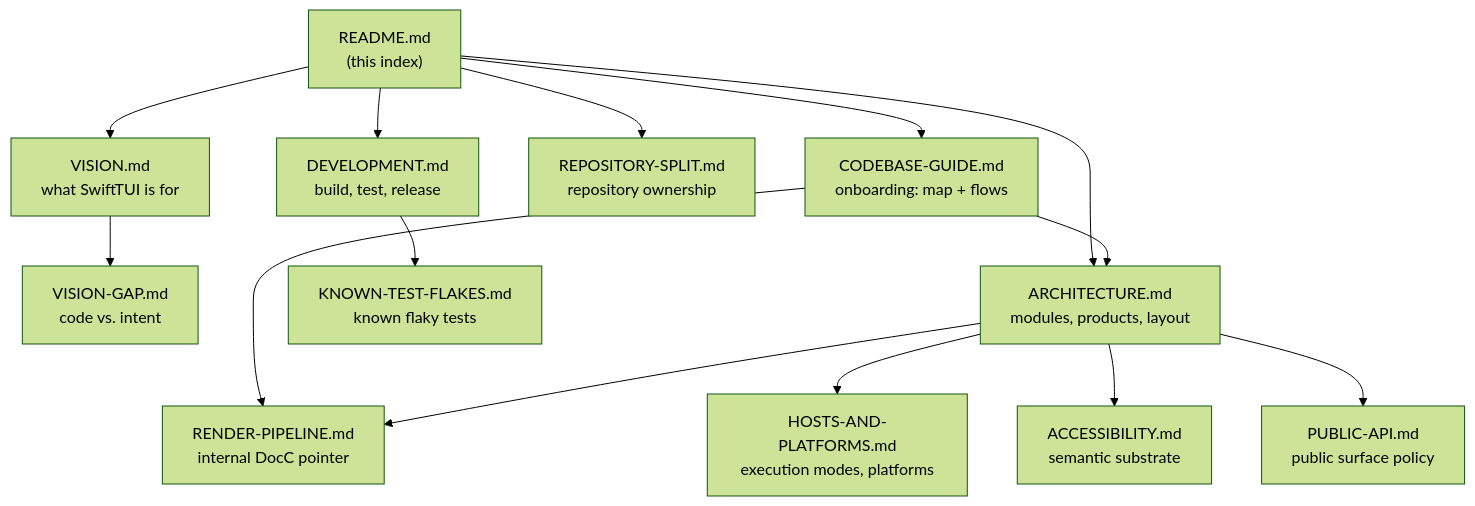
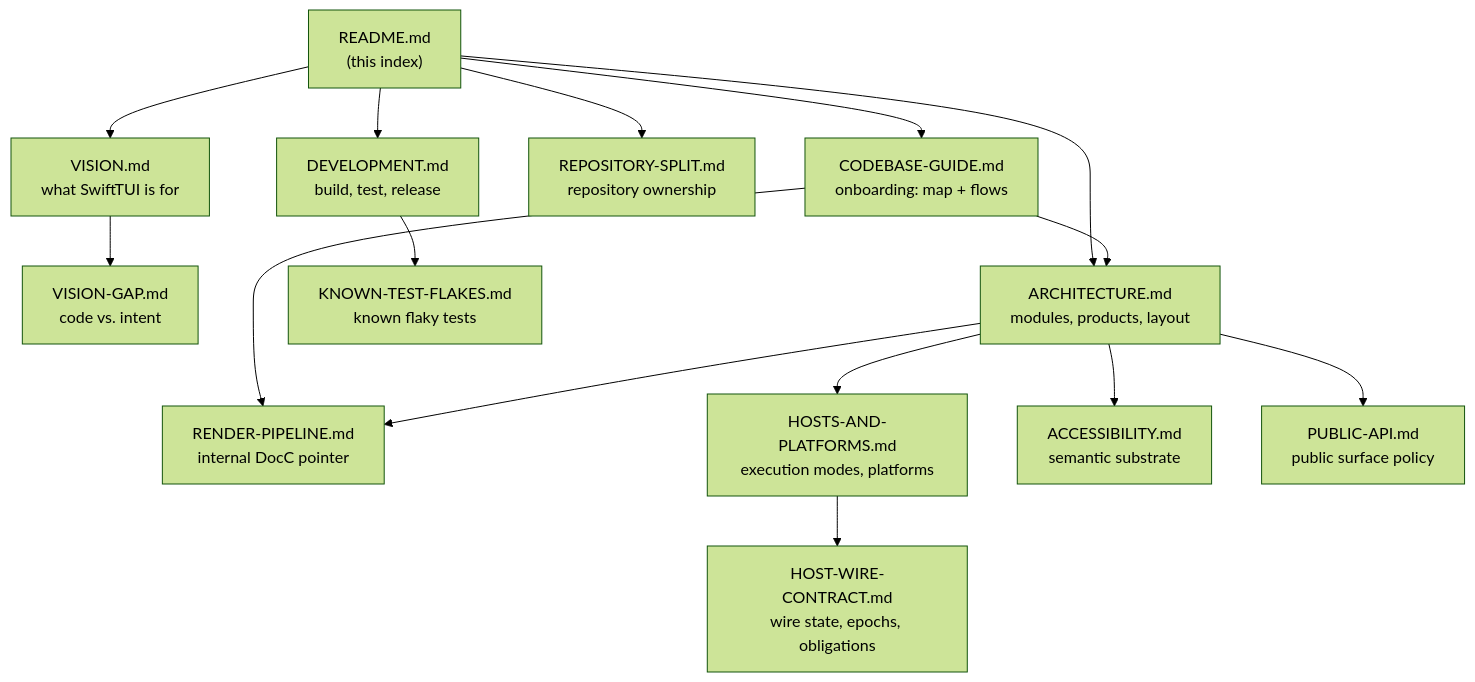
Before and after one commit to SwiftTUI/swift-tui: the diagram in docs/README.md, drawn with Mermaid (forest theme). The commit also changed other lines of this file and 3 other files, not shown here.

Commit message:
docs: define host wire contract

````diff
--- a/docs/README.md
+++ b/docs/README.md
@@ -14,29 +14,31 @@
 ```mermaid
 flowchart TD
     README["README.md<br/>(this index)"]
     GUIDE["CODEBASE-GUIDE.md<br/>onboarding: map + flows"]
     VISION["VISION.md<br/>what SwiftTUI is for"]
     GAP["VISION-GAP.md<br/>code vs. intent"]
     ARCH["ARCHITECTURE.md<br/>modules, products, layout"]
     SPLIT["REPOSITORY-SPLIT.md<br/>repository ownership"]
     PIPE["RENDER-PIPELINE.md<br/>internal DocC pointer"]
     HOSTS["HOSTS-AND-PLATFORMS.md<br/>execution modes, platforms"]
+    WIRE["HOST-WIRE-CONTRACT.md<br/>wire state, epochs, obligations"]
     A11Y["ACCESSIBILITY.md<br/>semantic substrate"]
     API["PUBLIC-API.md<br/>public surface policy"]
     DEV["DEVELOPMENT.md<br/>build, test, release"]
     FLAKES["KNOWN-TEST-FLAKES.md<br/>known flaky tests"]
 
     README --> GUIDE
     README --> VISION
     README --> ARCH
     GUIDE --> ARCH
     GUIDE --> PIPE
     README --> SPLIT
     README --> DEV
     VISION --> GAP
     ARCH --> PIPE
     ARCH --> HOSTS
+    HOSTS --> WIRE
     ARCH --> A11Y
     ARCH --> API
     DEV --> FLAKES
 ```
````
